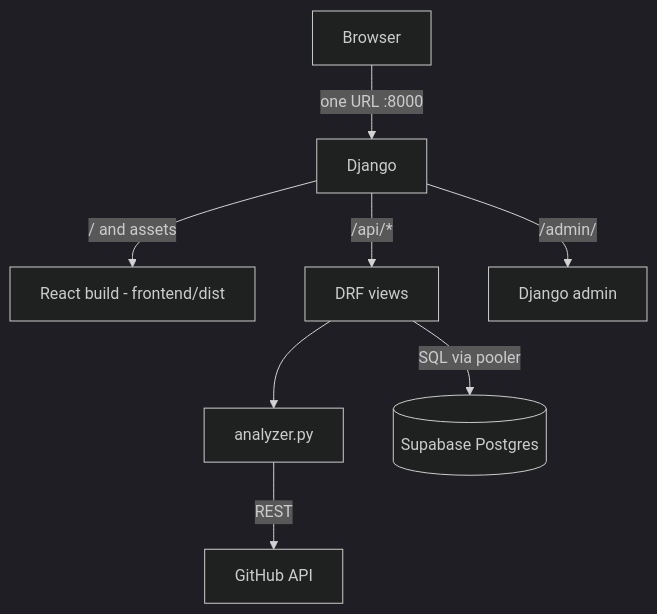
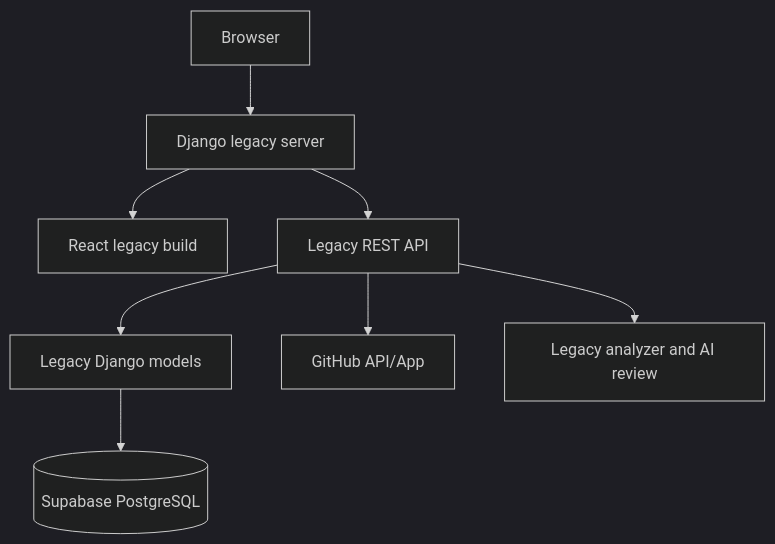
One commit to Jay-Shuhari/nirvana changed the third of 3 diagrams in docs/Architecture.md. Above: the diagram before and after it, drawn with Mermaid (dark theme). The commit also changed other lines of this file and 54 other files, not shown here.

````diff
--- a/docs/Architecture.md
+++ b/docs/Architecture.md
@@ -3,10 +75,10 @@
 ```mermaid
 flowchart TB
-  U[Browser] -->|one URL :8000| D[Django]
-  D -->|/ and assets| R[React build - frontend/dist]
-  D -->|/api/*| V[DRF views]
-  V --> A[analyzer.py]
-  A -->|REST| G[GitHub API]
-  V -->|SQL via pooler| S[(Supabase Postgres)]
-  D -->|/admin/| ADM[Django admin]
+  Browser[Browser] --> Django[Django legacy server]
+  Django --> React[React legacy build]
+  Django --> DRF[Legacy REST API]
+  DRF --> Models[Legacy Django models]
+  Models --> Supabase[(Supabase PostgreSQL)]
+  DRF --> GitHub[GitHub API/App]
+  DRF --> Analyzer[Legacy analyzer and AI review]
 ```
````
